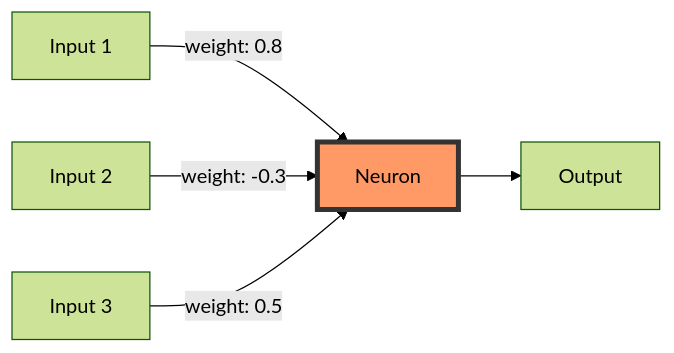
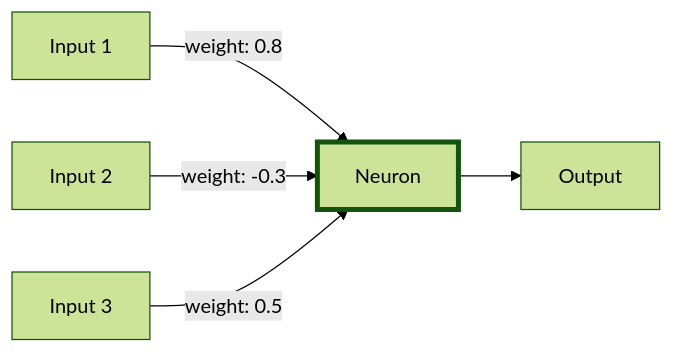
Before and after one commit to Shaddix/mostlylucidweb: the second of 15 diagrams in Mostlylucid/Markdown/how-neural-machine-translation-works.md, drawn with Mermaid (forest theme). The commit also changed other lines of this file and 7 other files, not shown here.

````diff
--- a/Mostlylucid/Markdown/how-neural-machine-translation-works.md
+++ b/Mostlylucid/Markdown/how-neural-machine-translation-works.md
@@ -55,9 +56,9 @@
 ```mermaid
 graph LR
     I1[Input 1] -->|weight: 0.8| N[Neuron]
     I2[Input 2] -->|weight: -0.3| N
     I3[Input 3] -->|weight: 0.5| N
     N --> O[Output]
 
-    style N fill:#f96,stroke:#333,stroke-width:4px
+    style N stroke-width:4px
 ```
````
